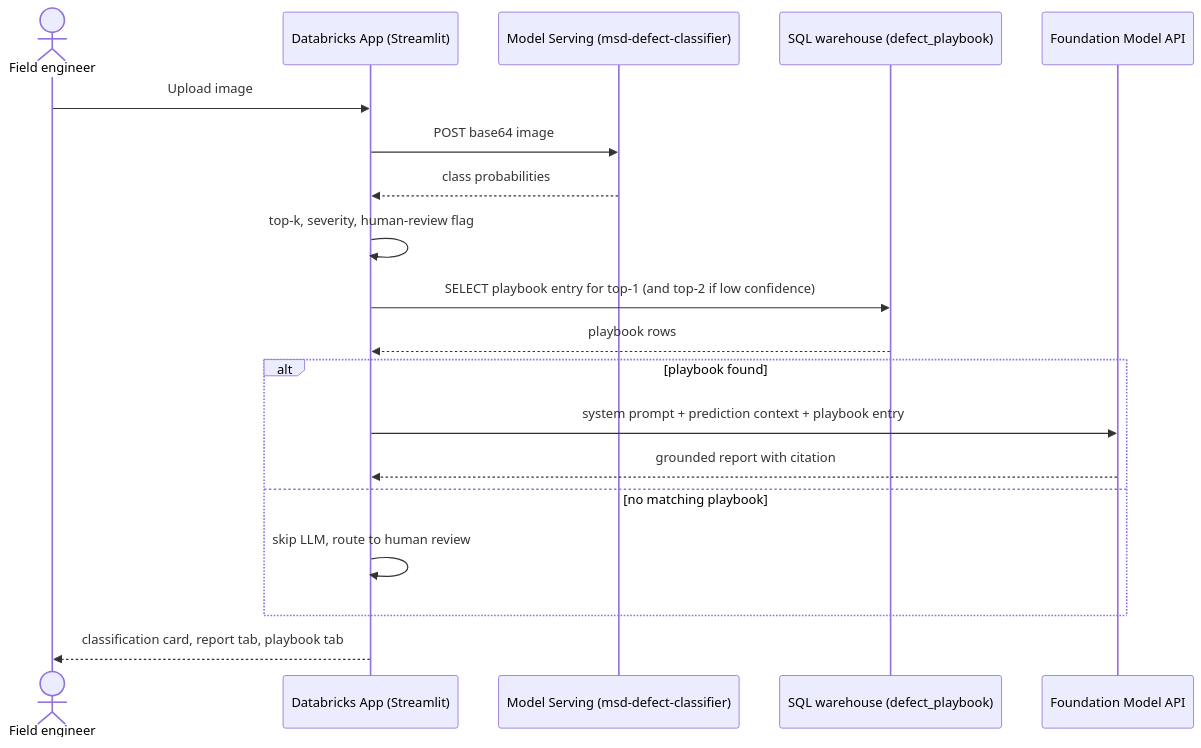
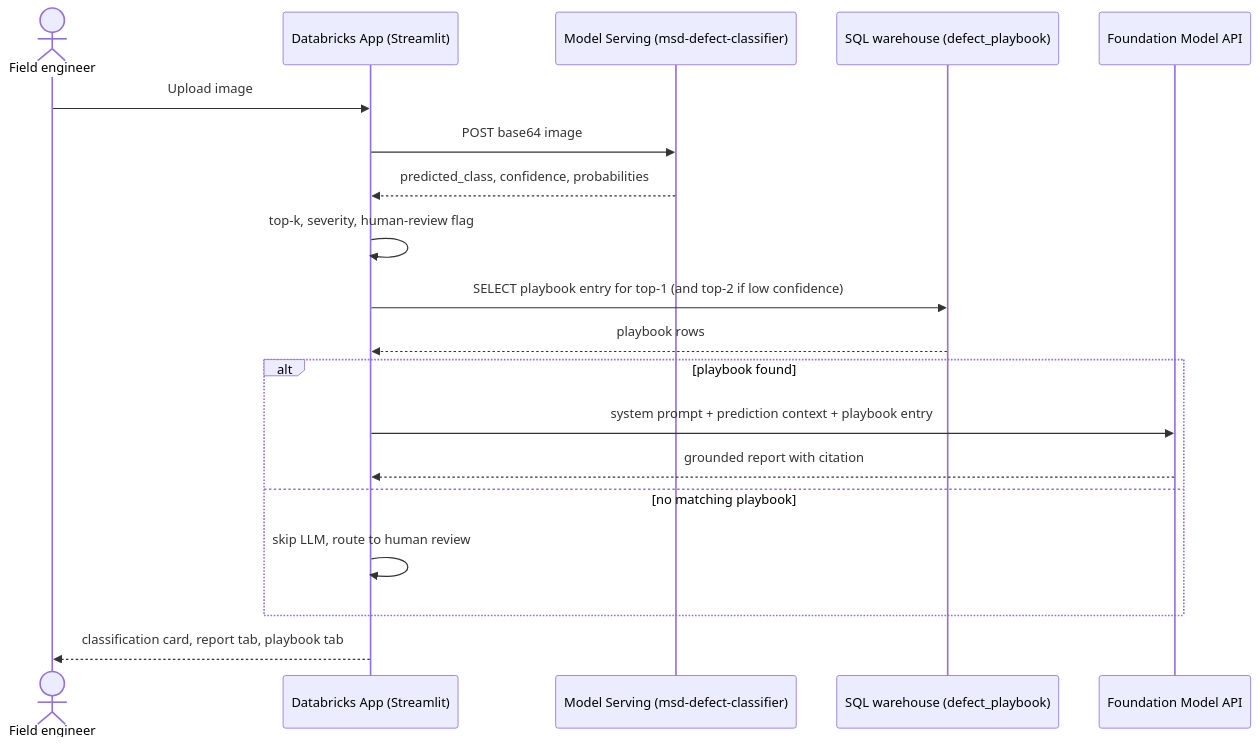
Before and after one commit to jose-alberto-salazar-jimenez/databricks_demos: the third of 4 diagrams in e2e_industry_solutions/metal_surface_defect_diagnostics/ARCHITECTURE.md, drawn with Mermaid. The commit also changed other lines of this file and 9 other files, not shown here.

````diff
--- a/e2e_industry_solutions/metal_surface_defect_diagnostics/ARCHITECTURE.md
+++ b/e2e_industry_solutions/metal_surface_defect_diagnostics/ARCHITECTURE.md
@@ -121,21 +166,21 @@
 ```mermaid
 sequenceDiagram
   actor U as Field engineer
   participant A as Databricks App (Streamlit)
   participant M as Model Serving (msd-defect-classifier)
   participant W as SQL warehouse (defect_playbook)
   participant L as Foundation Model API
   U->>A: Upload image
   A->>M: POST base64 image
-  M-->>A: class probabilities
+  M-->>A: predicted_class, confidence, probabilities
   A->>A: top-k, severity, human-review flag
   A->>W: SELECT playbook entry for top-1 (and top-2 if low confidence)
   W-->>A: playbook rows
   alt playbook found
     A->>L: system prompt + prediction context + playbook entry
     L-->>A: grounded report with citation
   else no matching playbook
     A->>A: skip LLM, route to human review
   end
   A-->>U: classification card, report tab, playbook tab
 ```
````
